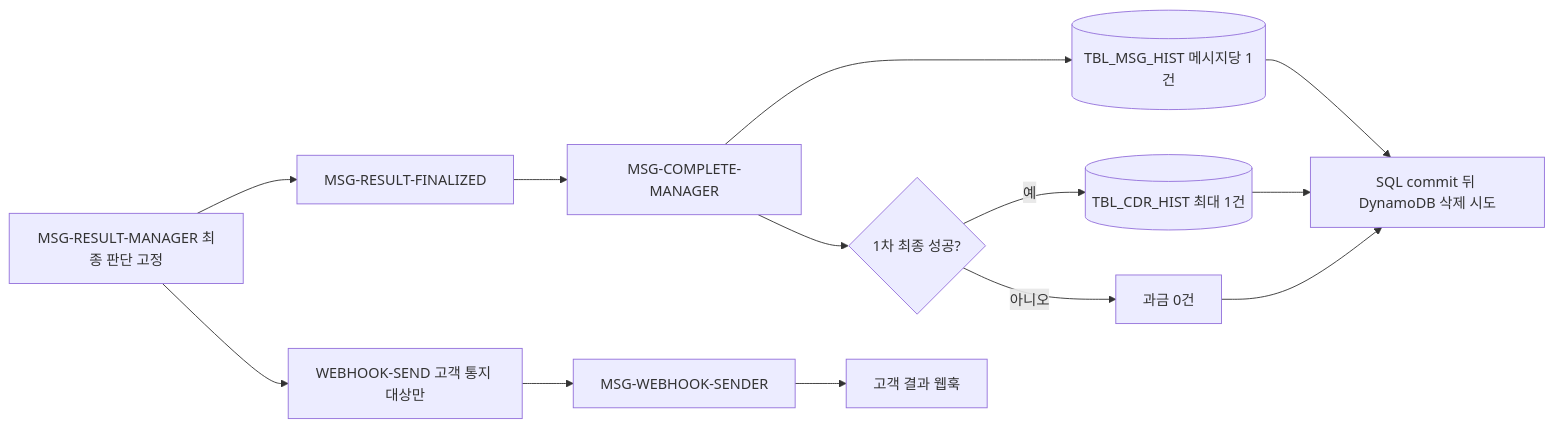
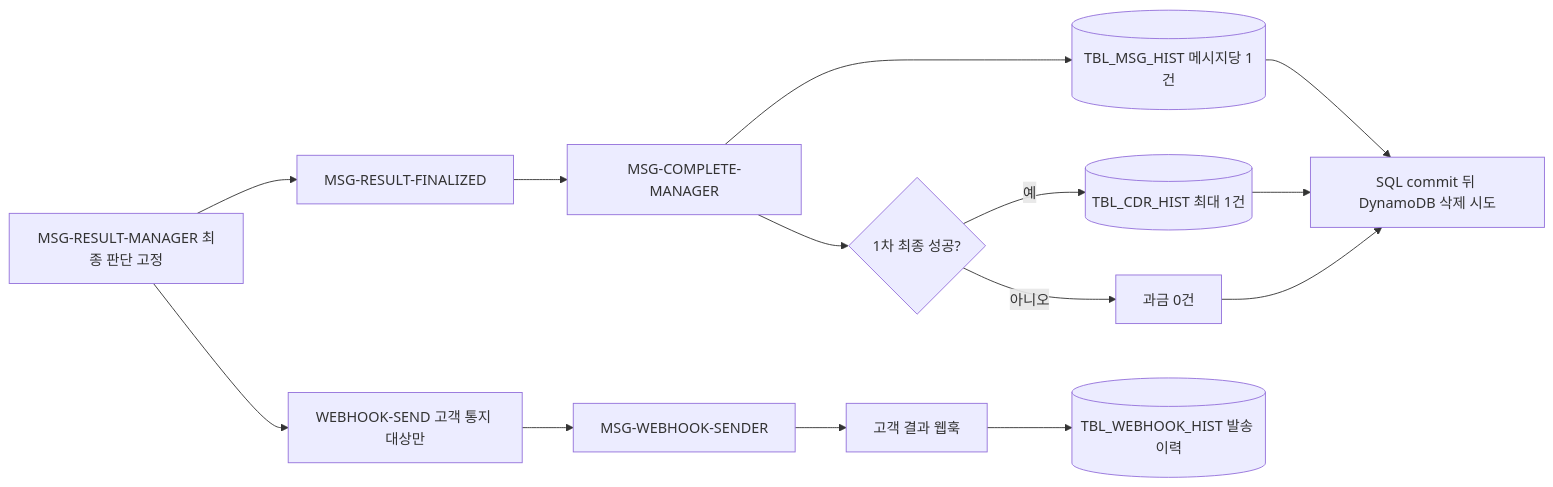
Before and after one commit to hyun-seung/High-throughput-event-platform: the tenth of 10 diagrams in docs/53-신규-메시지-케이스별-Call-Flow.md, drawn with Mermaid. The commit also changed other lines of this file and 3 other files, not shown here.

````diff
--- a/docs/53-신규-메시지-케이스별-Call-Flow.md
+++ b/docs/53-신규-메시지-케이스별-Call-Flow.md
@@ -352,15 +352,16 @@
 ```mermaid
 flowchart LR
     M[MSG-RESULT-MANAGER 최종 판단 고정] --> F[MSG-RESULT-FINALIZED]
     M --> W[WEBHOOK-SEND 고객 통지 대상만]
     F --> C[MSG-COMPLETE-MANAGER]
     C --> H[(TBL_MSG_HIST 메시지당 1건)]
     C --> B{1차 최종 성공?}
     B -->|예| R[(TBL_CDR_HIST 최대 1건)]
     B -->|아니오| X[과금 0건]
     H --> D[SQL commit 뒤 DynamoDB 삭제 시도]
     R --> D
     X --> D
     W --> S[MSG-WEBHOOK-SENDER]
     S --> U[고객 결과 웹훅]
+    U --> V[(TBL_WEBHOOK_HIST 발송 이력)]
 ```
````
